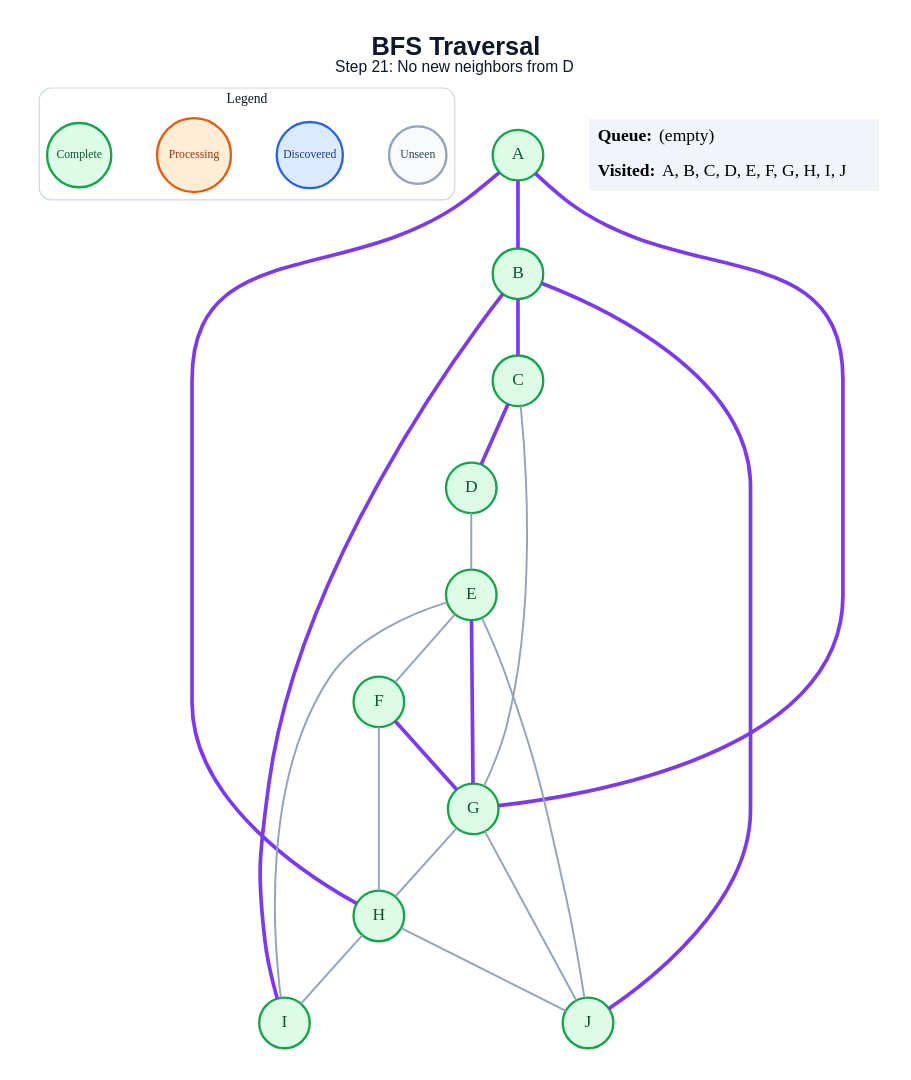
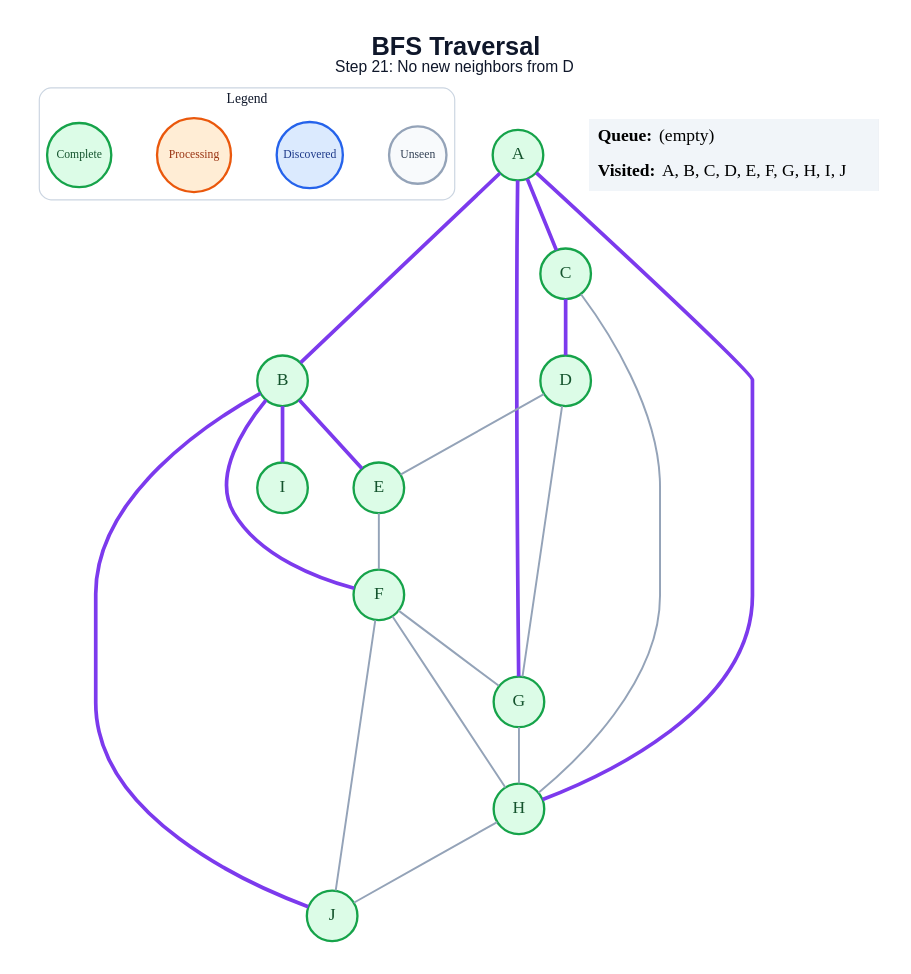
The diagram in generated/bfs/step_21.dot (anon7238593-create/ai-slop), drawn with Graphviz before and after one commit. The commit also changed 178 other files, not shown here.

```diff
--- a/generated/bfs/step_21.dot
+++ b/generated/bfs/step_21.dot
@@ -1,48 +1,47 @@
 graph traversal {
   graph [layout=dot, rankdir=TB, bgcolor="#FFFFFF", pad="0.35", nodesep="0.65", ranksep="0.8", fontname="Arial"];
   node [shape=circle, style="filled", fontname="Arial Bold", fontsize=18, width=0.72, fixedsize=true, penwidth=2.4];
   edge [color="#94A3B8", penwidth=2.0];
   label=<<B>BFS Traversal</B><BR/><FONT POINT-SIZE="16">Step 21: No new neighbors from D</FONT>>; labelloc="t"; fontsize=26; fontname="Arial"; fontcolor="#0F172A";
   subgraph cluster_legend { label="Legend"; color="#CBD5E1"; penwidth=1.2; style="rounded"; fontsize=14; fontname="Arial Bold";
     key_unseen [label="Unseen", fillcolor="#F8FAFC", color="#94A3B8", fontcolor="#334155", fontsize=12, width=0.82];
     key_frontier [label="Discovered", fillcolor="#DBEAFE", color="#2563EB", fontcolor="#1E3A8A", fontsize=12, width=0.95];
     key_current [label="Processing", fillcolor="#FFEDD5", color="#EA580C", fontcolor="#9A3412", fontsize=12, width=1.05];
     key_done [label="Complete", fillcolor="#DCFCE7", color="#16A34A", fontcolor="#14532D", fontsize=12, width=0.92];
     { rank=same; key_unseen; key_frontier; key_current; key_done; }
   }
   A [fillcolor="#DCFCE7", color="#16A34A", fontcolor="#14532D"];
   B [fillcolor="#DCFCE7", color="#16A34A", fontcolor="#14532D"];
   C [fillcolor="#DCFCE7", color="#16A34A", fontcolor="#14532D"];
   D [fillcolor="#DCFCE7", color="#16A34A", fontcolor="#14532D"];
   E [fillcolor="#DCFCE7", color="#16A34A", fontcolor="#14532D"];
   F [fillcolor="#DCFCE7", color="#16A34A", fontcolor="#14532D"];
   G [fillcolor="#DCFCE7", color="#16A34A", fontcolor="#14532D"];
   H [fillcolor="#DCFCE7", color="#16A34A", fontcolor="#14532D"];
   I [fillcolor="#DCFCE7", color="#16A34A", fontcolor="#14532D"];
   J [fillcolor="#DCFCE7", color="#16A34A", fontcolor="#14532D"];
   A -- B [color="#7C3AED", penwidth=3.8];
+  A -- C [color="#7C3AED", penwidth=3.8];
   A -- G [color="#7C3AED", penwidth=3.8];
   A -- H [color="#7C3AED", penwidth=3.8];
-  B -- C [color="#7C3AED", penwidth=3.8];
+  B -- E [color="#7C3AED", penwidth=3.8];
+  B -- F [color="#7C3AED", penwidth=3.8];
   B -- I [color="#7C3AED", penwidth=3.8];
   B -- J [color="#7C3AED", penwidth=3.8];
   C -- D [color="#7C3AED", penwidth=3.8];
-  C -- G;
+  C -- H;
   D -- E;
+  D -- G;
   E -- F;
-  E -- G [color="#7C3AED", penwidth=3.8];
-  E -- I;
-  E -- J;
-  F -- G [color="#7C3AED", penwidth=3.8];
+  F -- G;
   F -- H;
+  F -- J;
   G -- H;
-  G -- J;
-  H -- I;
   H -- J;
   status [shape=plain, fixedsize=false, width=0, height=0, margin=0, label=<
     <TABLE BORDER="0" CELLBORDER="0" CELLPADDING="7" BGCOLOR="#F1F5F9">
       <TR><TD ALIGN="LEFT"><B>Queue:</B> (empty)</TD></TR>
       <TR><TD ALIGN="LEFT"><B>Visited:</B> A, B, C, D, E, F, G, H, I, J</TD></TR>
     </TABLE>
   >];
 }
```
